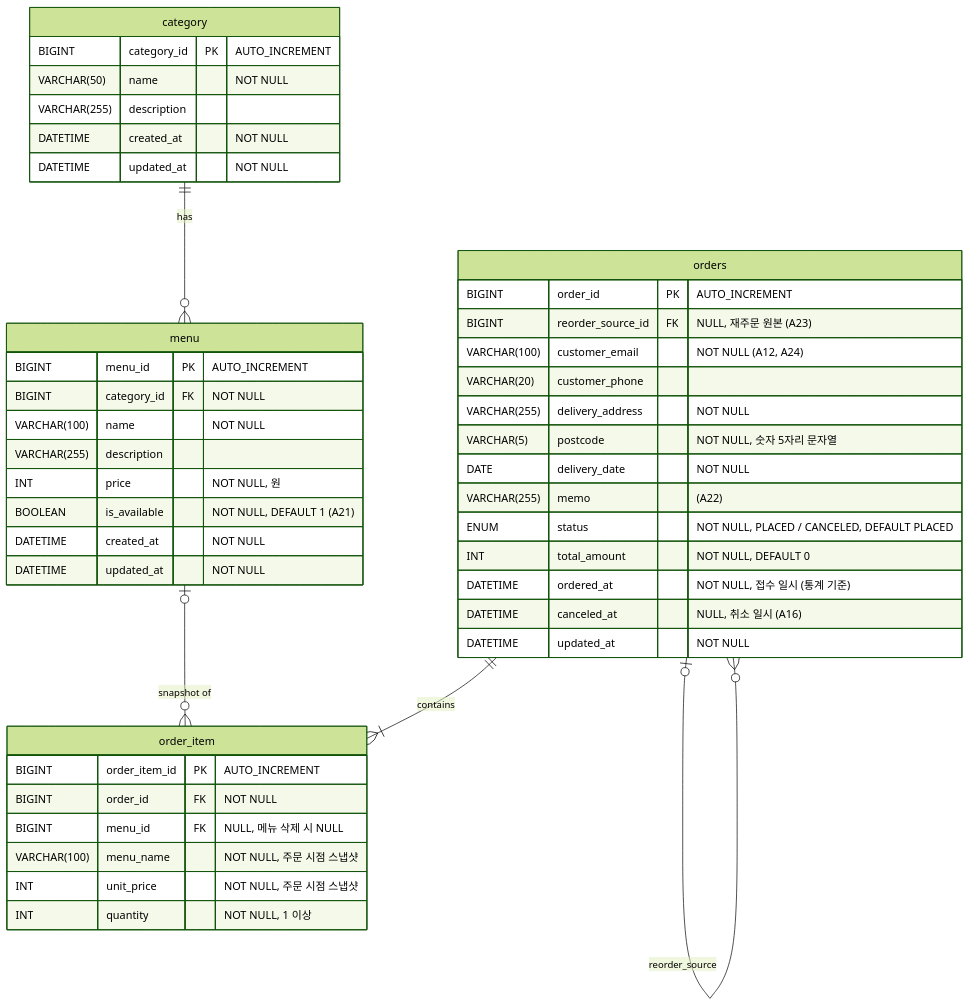
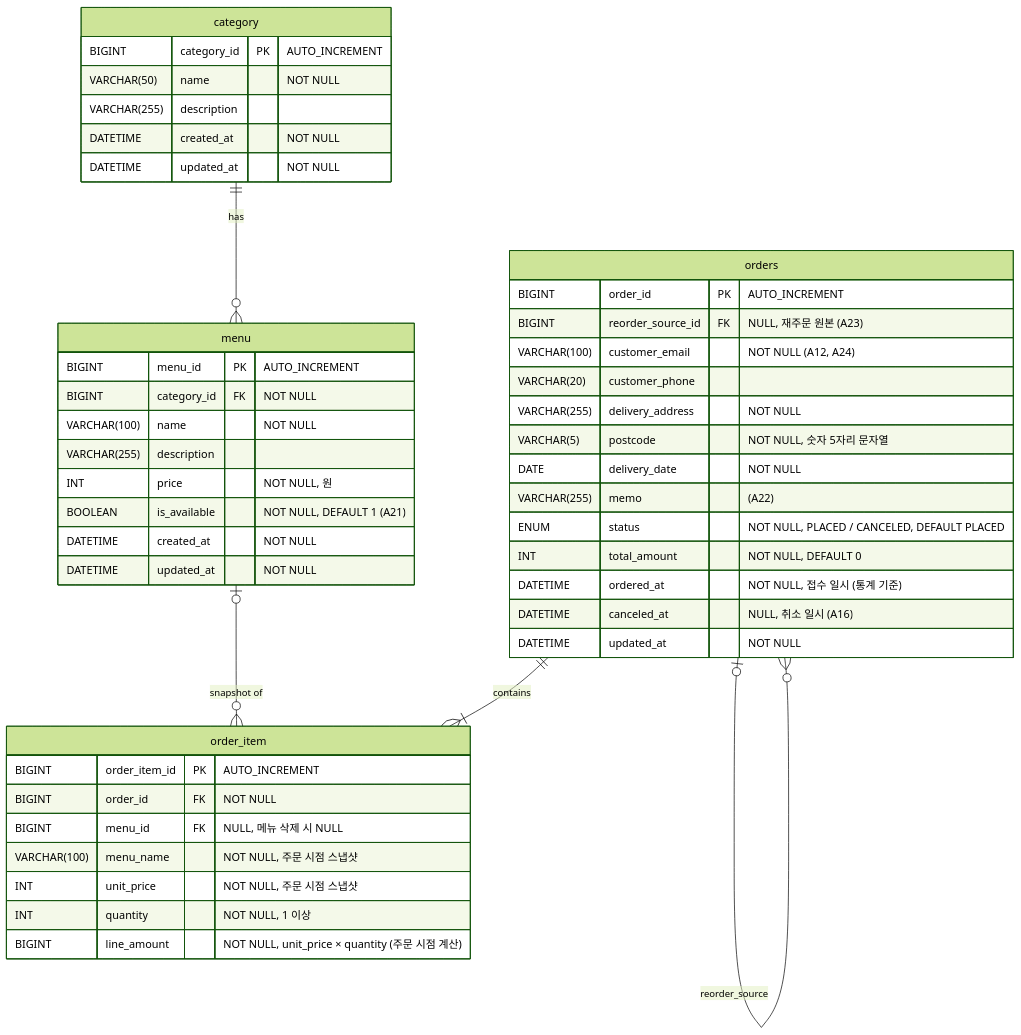
Before and after one commit to prgrms-be-devcourse/NBE13-15-1-team04: the diagram in docs/ERD.md, drawn with Mermaid (forest theme). The commit also changed 19 other files, not shown here.

````diff
--- a/docs/ERD.md
+++ b/docs/ERD.md
@@ -5,51 +5,52 @@
 ```mermaid
 erDiagram
     category ||--o{ menu : "has"
     orders ||--|{ order_item : "contains"
     menu |o--o{ order_item : "snapshot of"
     orders |o--o{ orders : "reorder_source"
 
     category {
         BIGINT category_id PK "AUTO_INCREMENT"
         VARCHAR(50) name "NOT NULL"
         VARCHAR(255) description
         DATETIME created_at "NOT NULL"
         DATETIME updated_at "NOT NULL"
     }
 
     menu {
         BIGINT menu_id PK "AUTO_INCREMENT"
         BIGINT category_id FK "NOT NULL"
         VARCHAR(100) name "NOT NULL"
         VARCHAR(255) description
         INT price "NOT NULL, 원"
         BOOLEAN is_available "NOT NULL, DEFAULT 1 (A21)"
         DATETIME created_at "NOT NULL"
         DATETIME updated_at "NOT NULL"
     }
 
     orders {
         BIGINT order_id PK "AUTO_INCREMENT"
         BIGINT reorder_source_id FK "NULL, 재주문 원본 (A23)"
         VARCHAR(100) customer_email "NOT NULL (A12, A24)"
         VARCHAR(20) customer_phone
         VARCHAR(255) delivery_address "NOT NULL"
         VARCHAR(5) postcode "NOT NULL, 숫자 5자리 문자열"
         DATE delivery_date "NOT NULL"
         VARCHAR(255) memo "(A22)"
         ENUM status "NOT NULL, PLACED / CANCELED, DEFAULT PLACED"
         INT total_amount "NOT NULL, DEFAULT 0"
         DATETIME ordered_at "NOT NULL, 접수 일시 (통계 기준)"
         DATETIME canceled_at "NULL, 취소 일시 (A16)"
         DATETIME updated_at "NOT NULL"
     }
 
     order_item {
         BIGINT order_item_id PK "AUTO_INCREMENT"
         BIGINT order_id FK "NOT NULL"
         BIGINT menu_id FK "NULL, 메뉴 삭제 시 NULL"
         VARCHAR(100) menu_name "NOT NULL, 주문 시점 스냅샷"
         INT unit_price "NOT NULL, 주문 시점 스냅샷"
         INT quantity "NOT NULL, 1 이상"
+        BIGINT line_amount "NOT NULL, unit_price × quantity (주문 시점 계산)"
     }
 ```
````
